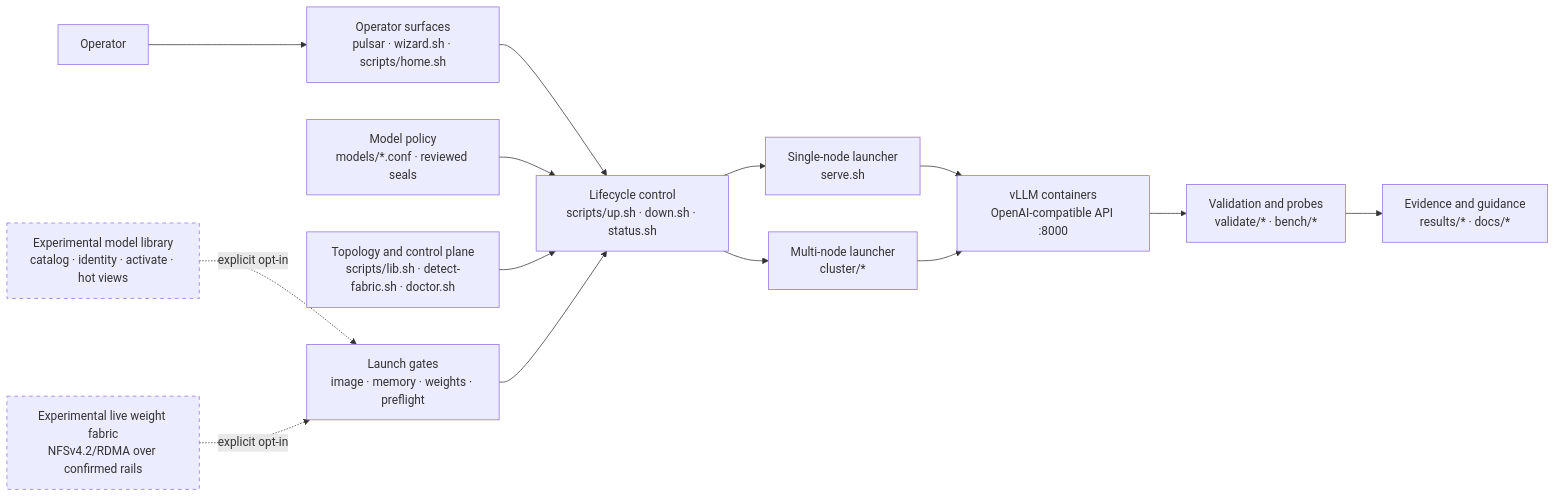
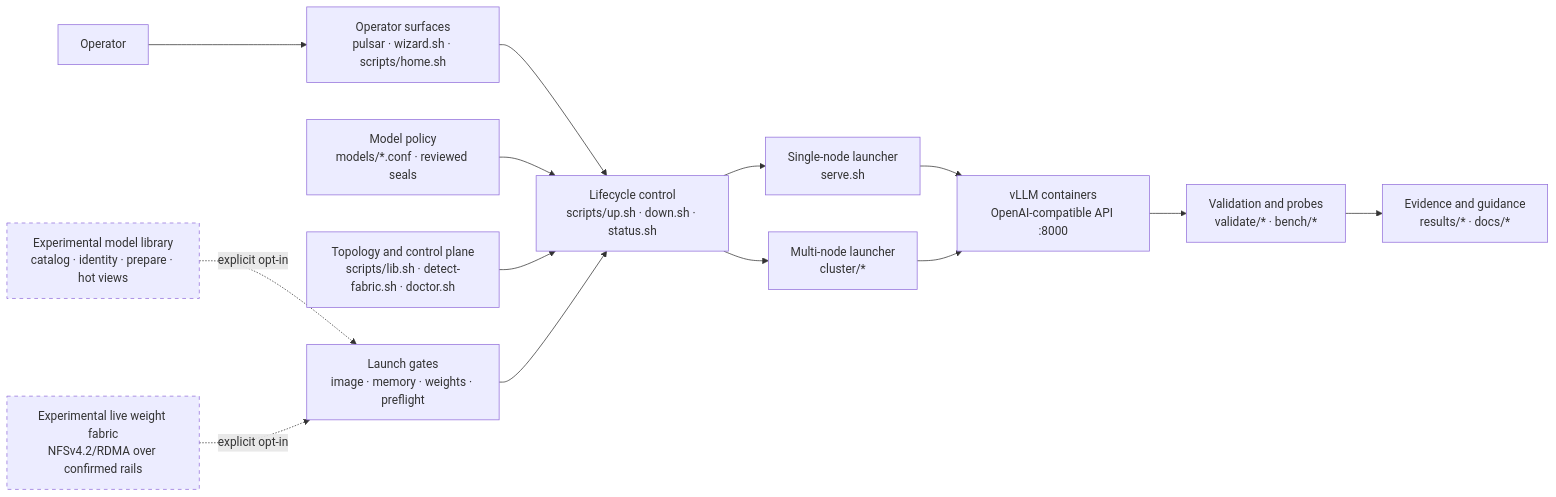
One commit to luisefigueroa/pulsar-gb10-vllm-stack changed the diagram in AGENTS.md. Above: the diagram before and after it, drawn with Mermaid. The commit also changed other lines of this file and 26 other files, not shown here.

Commit message:
refactor(model-library): adopt preparation terminology

````diff
--- a/AGENTS.md
+++ b/AGENTS.md
@@ -9,23 +9,23 @@
 ```mermaid
 flowchart LR
   operator["Operator"] --> surfaces["Operator surfaces<br/>pulsar · wizard.sh · scripts/home.sh"]
   surfaces --> lifecycle["Lifecycle control<br/>scripts/up.sh · down.sh · status.sh"]
 
   profiles["Model policy<br/>models/*.conf · reviewed seals"] --> lifecycle
   topology["Topology and control plane<br/>scripts/lib.sh · detect-fabric.sh · doctor.sh"] --> lifecycle
   artifacts["Launch gates<br/>image · memory · weights · preflight"] --> lifecycle
 
   lifecycle --> single["Single-node launcher<br/>serve.sh"]
   lifecycle --> cluster["Multi-node launcher<br/>cluster/*"]
   single --> runtime["vLLM containers<br/>OpenAI-compatible API :8000"]
   cluster --> runtime
 
-  library["Experimental model library<br/>catalog · identity · activate · hot views"] -. explicit opt-in .-> artifacts
+  library["Experimental model library<br/>catalog · identity · prepare · hot views"] -. explicit opt-in .-> artifacts
   fabric["Experimental live weight fabric<br/>NFSv4.2/RDMA over confirmed rails"] -. explicit opt-in .-> artifacts
 
   runtime --> validation["Validation and probes<br/>validate/* · bench/*"]
   validation --> evidence["Evidence and guidance<br/>results/* · docs/*"]
 
   classDef experimental stroke-dasharray: 5 5;
   class library,fabric experimental;
 ```
````
